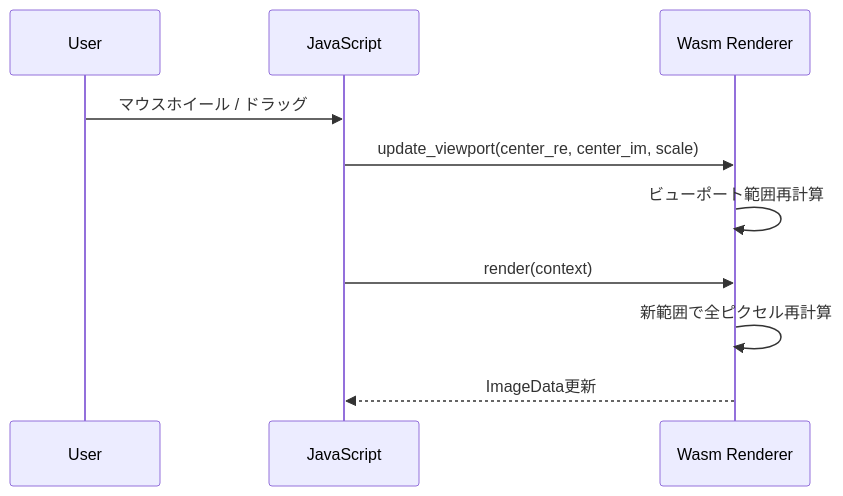
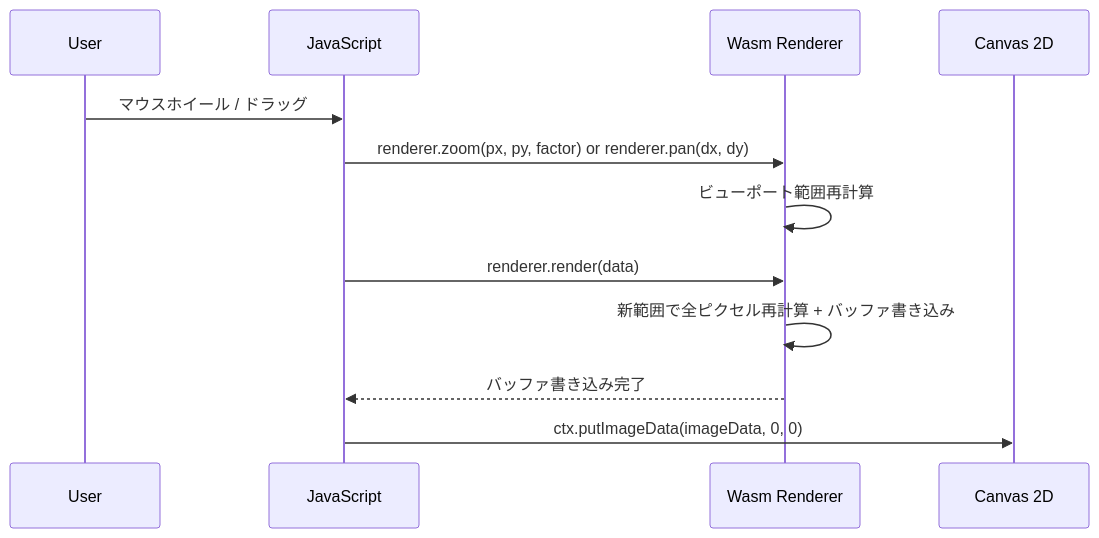
One commit to Yamazaki-Kei7/mandelbrot changed the third of 4 diagrams in .kiro/specs/mandelbrot-wasm-renderer/design.md. Above: the diagram before and after it, drawn with Mermaid. The commit also changed other lines of this file and 1 other file, not shown here.

First line of the commit message:
feat: Update design and research documentation for mandelbrot-wasm-renderer

````diff
--- a/.kiro/specs/mandelbrot-wasm-renderer/design.md
+++ b/.kiro/specs/mandelbrot-wasm-renderer/design.md
@@ -93,13 +135,15 @@
 ```mermaid
 sequenceDiagram
     participant User
     participant JS as JavaScript
     participant Wasm as Wasm Renderer
+    participant Canvas as Canvas 2D
 
     User->>JS: マウスホイール / ドラッグ
-    JS->>Wasm: update_viewport(center_re, center_im, scale)
+    JS->>Wasm: renderer.zoom(px, py, factor) or renderer.pan(dx, dy)
     Wasm->>Wasm: ビューポート範囲再計算
-    JS->>Wasm: render(context)
-    Wasm->>Wasm: 新範囲で全ピクセル再計算
-    Wasm-->>JS: ImageData更新
+    JS->>Wasm: renderer.render(data)
+    Wasm->>Wasm: 新範囲で全ピクセル再計算 + バッファ書き込み
+    Wasm-->>JS: バッファ書き込み完了
+    JS->>Canvas: ctx.putImageData(imageData, 0, 0)
 ```
````
